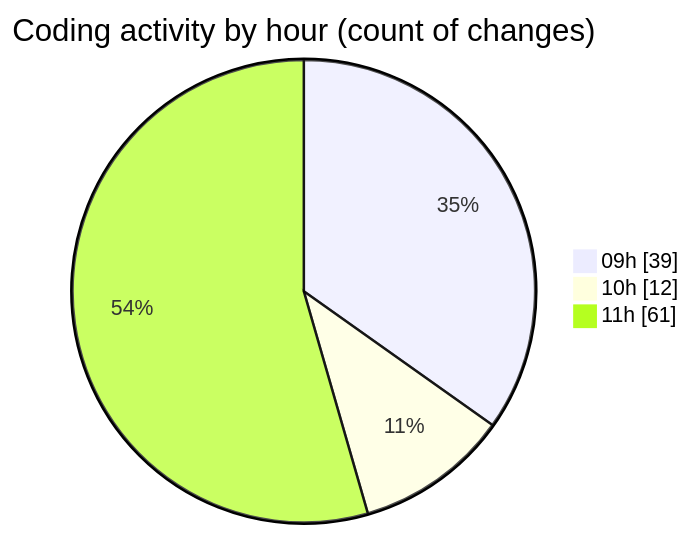
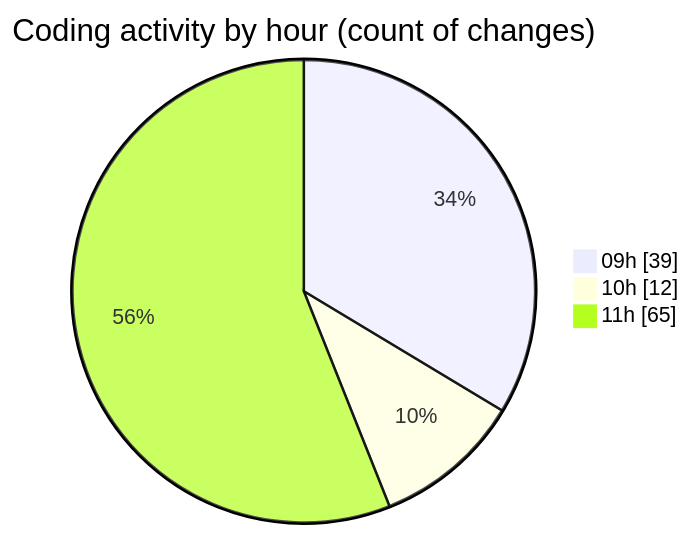
Before and after one commit to momahboobian/code-tracking: the second of 2 diagrams in 2025-03-04/cda/README.md, drawn with Mermaid. The commit also changed other lines of this file and 1 other file, not shown here.

````diff
--- a/2025-03-04/cda/README.md
+++ b/2025-03-04/cda/README.md
@@ -33,7 +33,7 @@
 ```mermaid
 pie showData
 title Coding activity by hour (count of changes)
 "09h" : 39
 "10h" : 12
-"11h" : 61
+"11h" : 65
 ```
````
